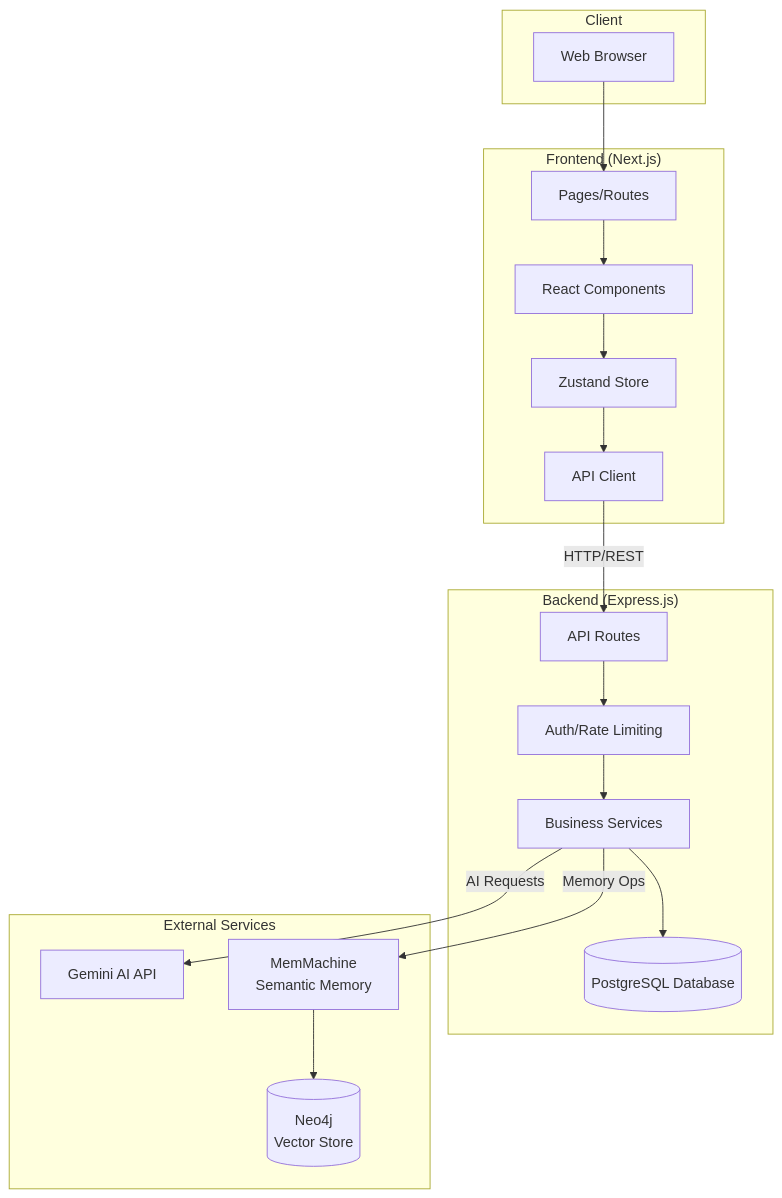
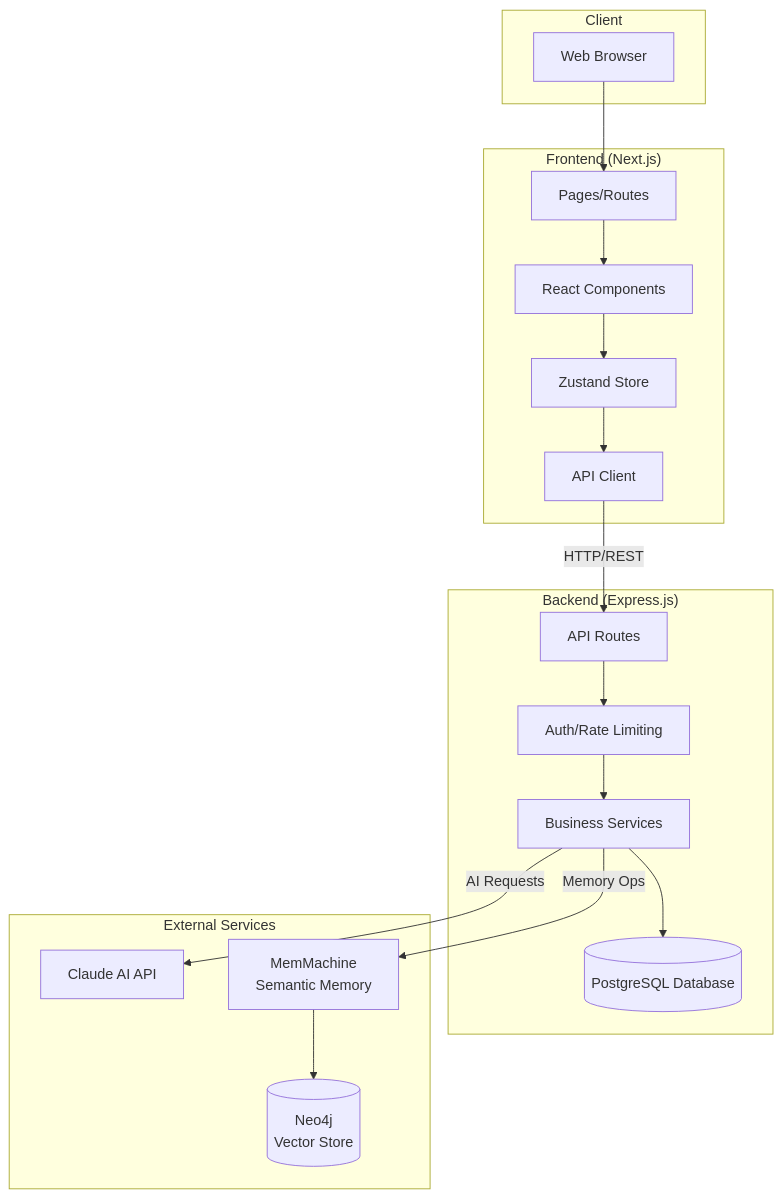
One commit to JLawMcGraw/alchemix changed the first of 12 diagrams in Documentation/ARCHITECTURE.md. Above: the diagram before and after it, drawn with Mermaid. The commit also changed other lines of this file and 27 other files, not shown here.

````diff
--- a/Documentation/ARCHITECTURE.md
+++ b/Documentation/ARCHITECTURE.md
@@ -31,38 +31,38 @@
 ```mermaid
 graph TB
     subgraph Client
         Browser[Web Browser]
     end
 
     subgraph Frontend["Frontend (Next.js)"]
         Pages[Pages/Routes]
         Components[React Components]
         Store[Zustand Store]
         API_Client[API Client]
     end
 
     subgraph Backend["Backend (Express.js)"]
         Routes[API Routes]
         Services[Business Services]
         Middleware[Auth/Rate Limiting]
         DB[(PostgreSQL Database)]
     end
 
     subgraph External["External Services"]
-        Gemini[Gemini AI API]
+        Claude[Claude AI API]
         MemMachine[MemMachine<br/>Semantic Memory]
         Neo4j[(Neo4j<br/>Vector Store)]
     end
 
     Browser --> Pages
     Pages --> Components
     Components --> Store
     Store --> API_Client
     API_Client -->|HTTP/REST| Routes
     Routes --> Middleware
     Middleware --> Services
     Services --> DB
-    Services -->|AI Requests| Gemini
+    Services -->|AI Requests| Claude
     Services -->|Memory Ops| MemMachine
     MemMachine --> Neo4j
 ```
````
